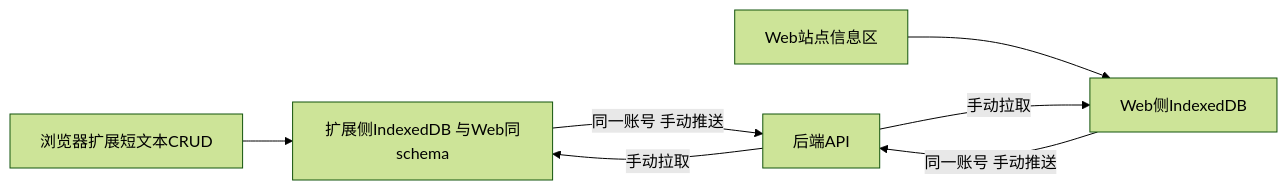
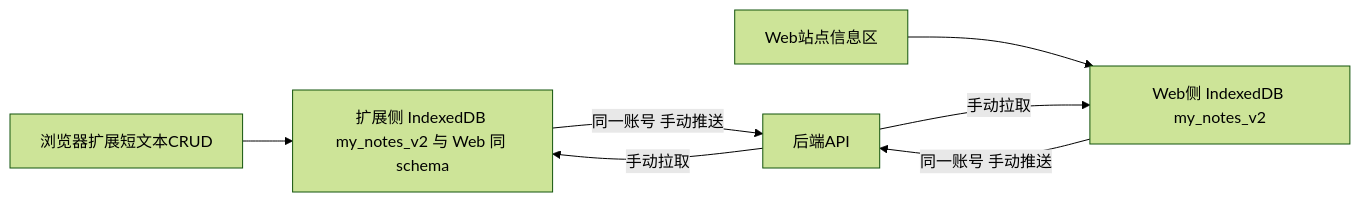
One commit to a327921510/my-notes changed the sixth of 6 diagrams in docs/用户流程图.md. Above: the diagram before and after it, drawn with Mermaid (forest theme). The commit also changed 36 other files, not shown here.

````diff
--- a/docs/用户流程图.md
+++ b/docs/用户流程图.md
@@ -136,9 +136,9 @@
 ```mermaid
 flowchart LR
-  A[浏览器扩展短文本CRUD] --> B[扩展侧IndexedDB 与Web同schema]
-  W[Web站点信息区] --> X[Web侧IndexedDB]
+  A[浏览器扩展短文本CRUD] --> B[扩展侧 IndexedDB my_notes_v2 与 Web 同 schema]
+  W[Web站点信息区] --> X[Web侧 IndexedDB my_notes_v2]
   B -->|同一账号 手动推送| C[后端API]
   X -->|同一账号 手动推送| C
   C -->|手动拉取| B
   C -->|手动拉取| X
 ```
````
